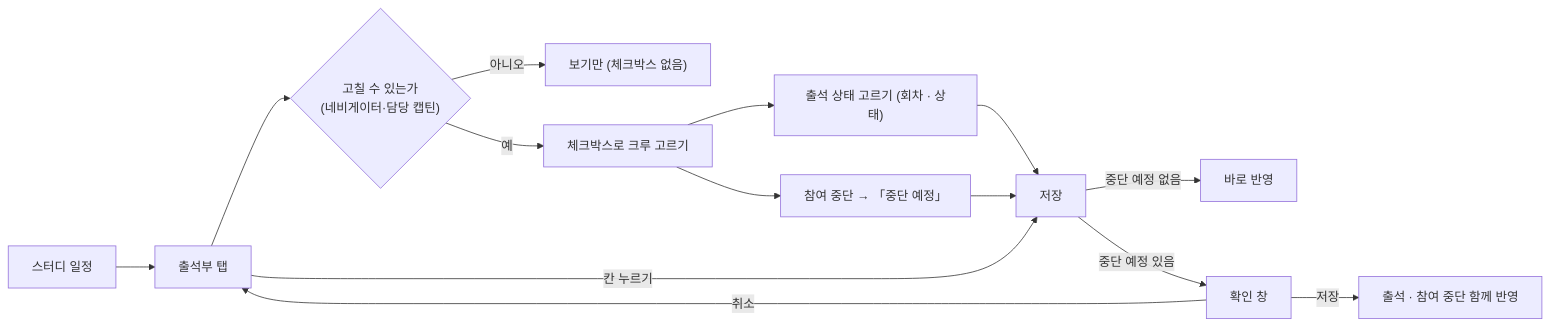
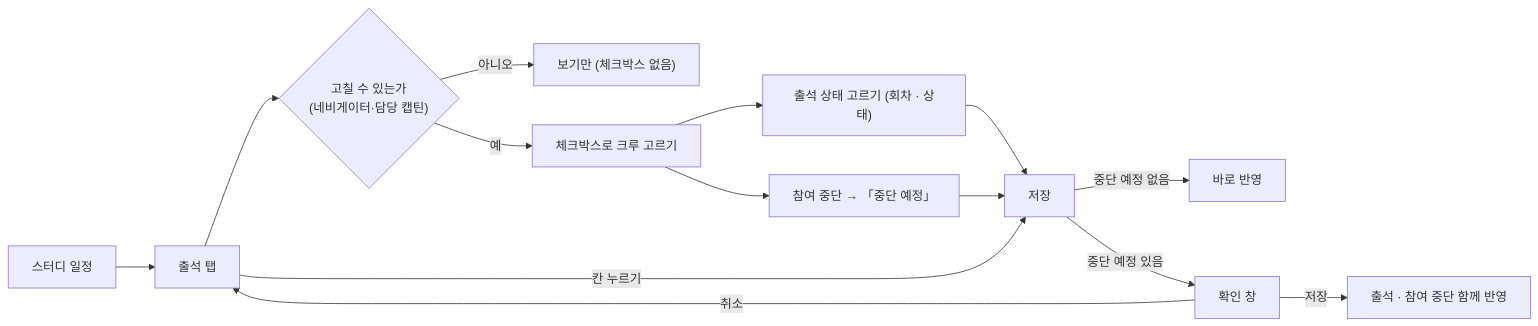
One commit to StudyClub-PlusPlus/studyclub-engineering changed the first of 2 diagrams in 01-planning/stories/navigator-withdraw-participant/PRD.md. Above: the diagram before and after it, drawn with Mermaid. The commit also changed other lines of this file and 8 other files, not shown here.

````diff
--- a/01-planning/stories/navigator-withdraw-participant/PRD.md
+++ b/01-planning/stories/navigator-withdraw-participant/PRD.md
@@ -10,16 +10,16 @@
 ```mermaid
 flowchart LR
-  A["스터디 일정"] --> B["출석부 탭"]
+  A["스터디 일정"] --> B["출석 탭"]
   B --> C{"고칠 수 있는가<br>(네비게이터·담당 캡틴)"}
   C -->|아니오| D["보기만 (체크박스 없음)"]
   C -->|예| E["체크박스로 크루 고르기"]
   E --> F["출석 상태 고르기 (회차 · 상태)"]
   E --> G["참여 중단 → 「중단 예정」"]
   F --> H["저장"]
   G --> H
   B -->|칸 누르기| H
   H -->|중단 예정 없음| I["바로 반영"]
   H -->|중단 예정 있음| J["확인 창"]
   J -->|저장| K["출석 · 참여 중단 함께 반영"]
   J -->|취소| B
 ```
````
